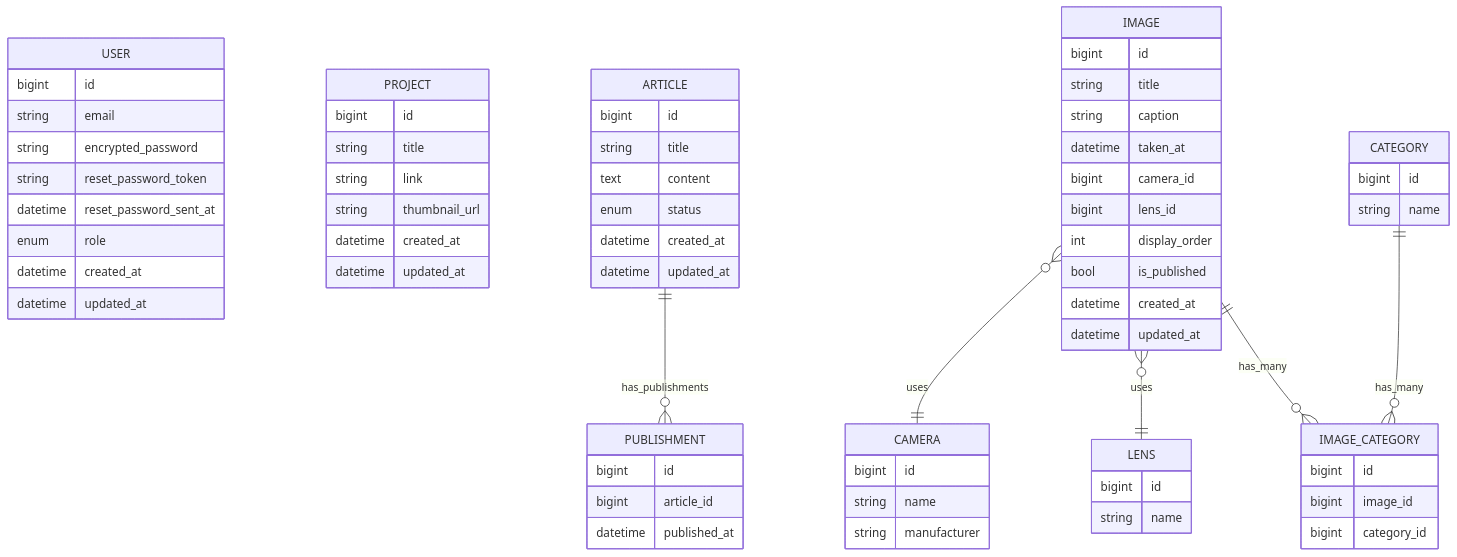
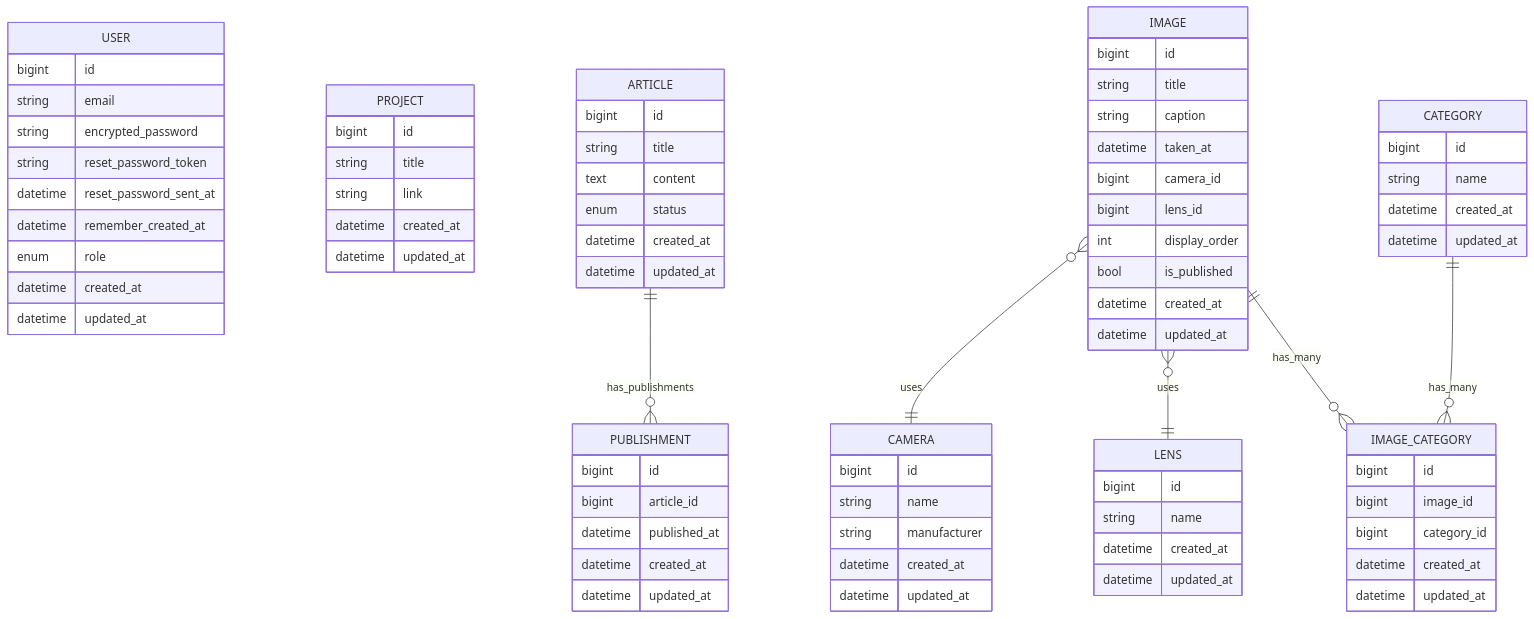
The diagram in README.md (huji333/portfolio), drawn with Mermaid before and after one commit.

````diff
--- a/README.md
+++ b/README.md
@@ -5,69 +5,79 @@
 ```mermaid
 erDiagram
   USER{
     bigint id
     string email
     string encrypted_password
     string reset_password_token
     datetime reset_password_sent_at
+    datetime remember_created_at
     enum role
     datetime created_at
     datetime updated_at
   }
   PROJECT{
     bigint id
     string title
     string link
-    string thumbnail_url
     datetime created_at
     datetime updated_at
   }
   ARTICLE ||--o{ PUBLISHMENT : has_publishments
   ARTICLE{
     bigint id
     string title
     text content
     enum status
     datetime created_at
     datetime updated_at
   }
   PUBLISHMENT{
     bigint id
     bigint article_id
     datetime published_at
+    datetime created_at
+    datetime updated_at
   }
   IMAGE }o--|| CAMERA : uses
   IMAGE }o--|| LENS : uses
   IMAGE{
     bigint id
     string title
     string caption
     datetime taken_at
     bigint camera_id
     bigint lens_id
     int display_order
     bool is_published
     datetime created_at
     datetime updated_at
   }
   LENS{
     bigint id
     string name
+    datetime created_at
+    datetime updated_at
   }
   CAMERA{
     bigint id
     string name
     string manufacturer
+    datetime created_at
+    datetime updated_at
   }
   IMAGE ||--o{ IMAGE_CATEGORY: has_many
   CATEGORY ||--o{ IMAGE_CATEGORY: has_many
   CATEGORY{
     bigint id
     string name
+    datetime created_at
+    datetime updated_at
   }
   IMAGE_CATEGORY{
     bigint id
     bigint image_id
     bigint category_id
+    datetime created_at
+    datetime updated_at
   }
 ```
````
